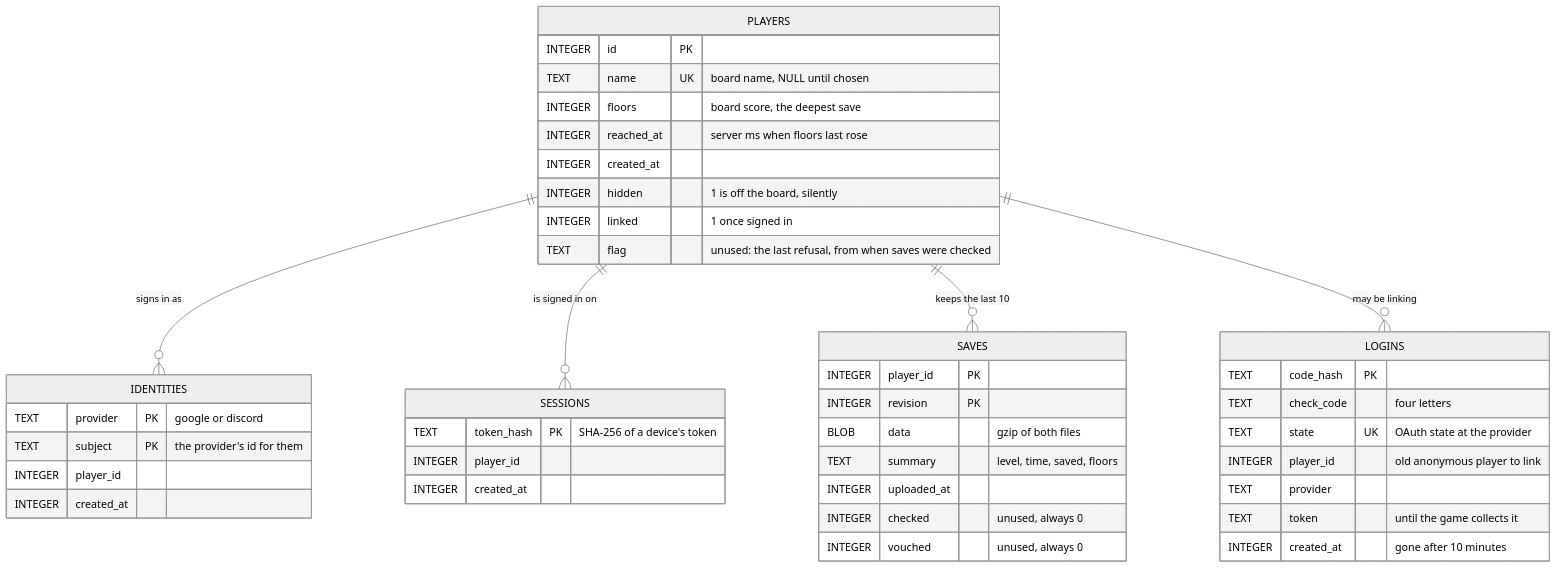
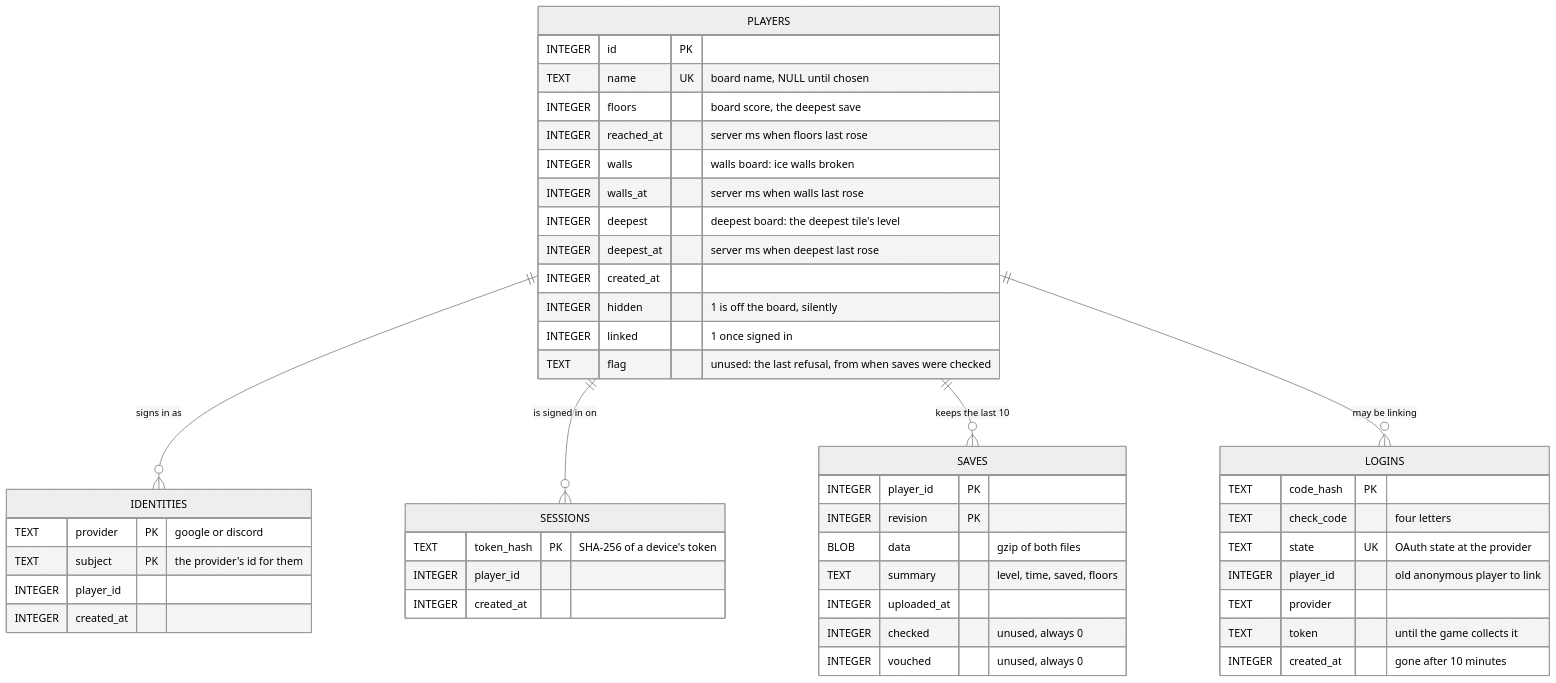
Before and after one commit to dikmedvescekmurovec/kobold-clicker: the sixth of 7 diagrams in backend/leaderboard/README.md, drawn with Mermaid (neutral theme). The commit also changed other lines of this file and 13 other files, not shown here.

First line of the commit message:
Add the walls and deepest leaderboards, and name heirlooms as they are made

````diff
--- a/backend/leaderboard/README.md
+++ b/backend/leaderboard/README.md
@@ -295,46 +307,50 @@
 ```mermaid
 erDiagram
     PLAYERS ||--o{ IDENTITIES : "signs in as"
     PLAYERS ||--o{ SESSIONS : "is signed in on"
     PLAYERS ||--o{ SAVES : "keeps the last 10"
     PLAYERS ||--o{ LOGINS : "may be linking"
     PLAYERS {
         INTEGER id PK
         TEXT name UK "board name, NULL until chosen"
         INTEGER floors "board score, the deepest save"
         INTEGER reached_at "server ms when floors last rose"
+        INTEGER walls "walls board: ice walls broken"
+        INTEGER walls_at "server ms when walls last rose"
+        INTEGER deepest "deepest board: the deepest tile's level"
+        INTEGER deepest_at "server ms when deepest last rose"
         INTEGER created_at
         INTEGER hidden "1 is off the board, silently"
         INTEGER linked "1 once signed in"
         TEXT flag "unused: the last refusal, from when saves were checked"
     }
     IDENTITIES {
         TEXT provider PK "google or discord"
         TEXT subject PK "the provider's id for them"
         INTEGER player_id
         INTEGER created_at
     }
     SESSIONS {
         TEXT token_hash PK "SHA-256 of a device's token"
         INTEGER player_id
         INTEGER created_at
     }
     LOGINS {
         TEXT code_hash PK
         TEXT check_code "four letters"
         TEXT state UK "OAuth state at the provider"
         INTEGER player_id "old anonymous player to link"
         TEXT provider
         TEXT token "until the game collects it"
         INTEGER created_at "gone after 10 minutes"
     }
     SAVES {
         INTEGER player_id PK
         INTEGER revision PK
         BLOB data "gzip of both files"
         TEXT summary "level, time, saved, floors"
         INTEGER uploaded_at
         INTEGER checked "unused, always 0"
         INTEGER vouched "unused, always 0"
     }
 ```
````
